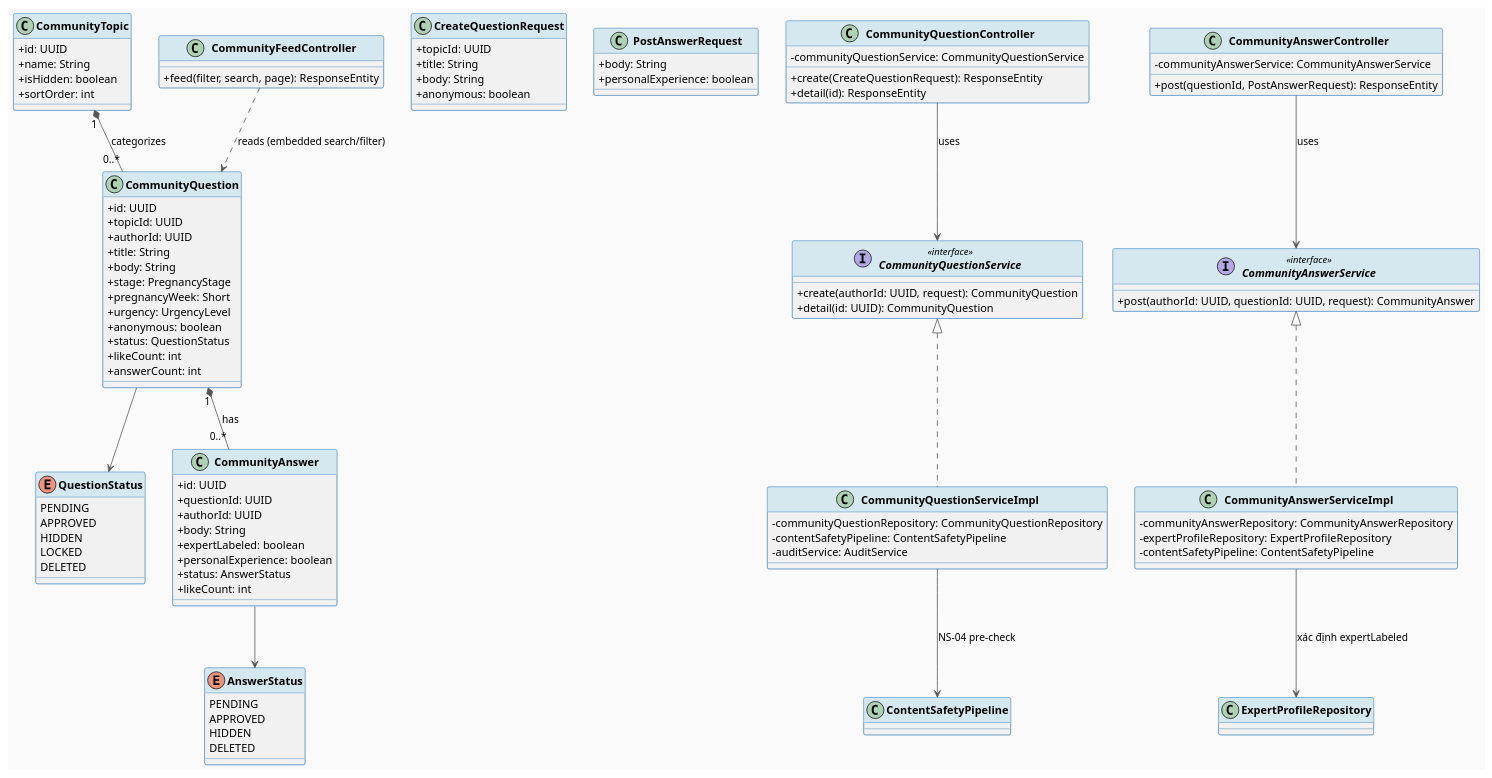
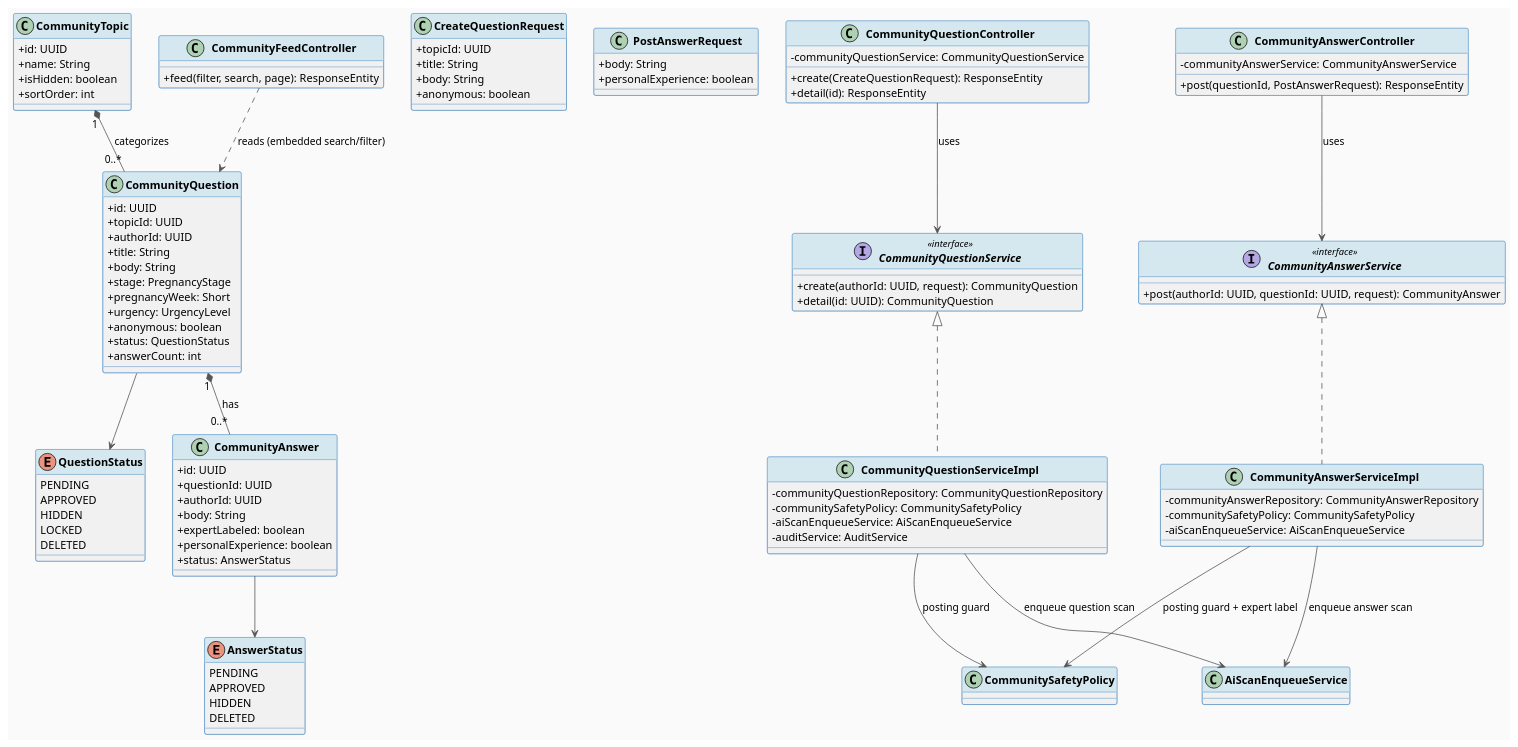
The first of 2 diagrams in docs/Detailed_Design/MF04_Community_QA_Moderation/01_Community_Question_Answer_Flow.md (ChuongBDHE172784/CareBridge_SEP490_G79), drawn with PlantUML before and after one commit. The commit also changed other lines of this file and 97 other files, not shown here.

Commit message:
docs: update detailed design documentation with new diagrams and restructured module files.

````diff
--- a/docs/Detailed_Design/MF04_Community_QA_Moderation/01_Community_Question_Answer_Flow.md
+++ b/docs/Detailed_Design/MF04_Community_QA_Moderation/01_Community_Question_Answer_Flow.md
@@ -51,7 +51,6 @@
   + urgency: UrgencyLevel
   + anonymous: boolean
   + status: QuestionStatus
-  + likeCount: int
   + answerCount: int
 }
 
@@ -71,7 +70,6 @@
   + expertLabeled: boolean
   + personalExperience: boolean
   + status: AnswerStatus
-  + likeCount: int
 }
 
 enum AnswerStatus {
@@ -115,7 +113,8 @@
 
 class CommunityQuestionServiceImpl implements CommunityQuestionService {
   - communityQuestionRepository: CommunityQuestionRepository
-  - contentSafetyPipeline: ContentSafetyPipeline
+  - communitySafetyPolicy: CommunitySafetyPolicy
+  - aiScanEnqueueService: AiScanEnqueueService
   - auditService: AuditService
 }
 
@@ -125,8 +124,8 @@
 
 class CommunityAnswerServiceImpl implements CommunityAnswerService {
   - communityAnswerRepository: CommunityAnswerRepository
-  - expertProfileRepository: ExpertProfileRepository
-  - contentSafetyPipeline: ContentSafetyPipeline
+  - communitySafetyPolicy: CommunitySafetyPolicy
+  - aiScanEnqueueService: AiScanEnqueueService
 }
 
 CommunityTopic "1" *-- "0..*" CommunityQuestion : categorizes
@@ -136,8 +135,10 @@
 CommunityFeedController ..> CommunityQuestion : reads (embedded search/filter)
 CommunityQuestionController --> CommunityQuestionService : uses
 CommunityAnswerController --> CommunityAnswerService : uses
-CommunityQuestionServiceImpl --> ContentSafetyPipeline : NS-04 pre-check
-CommunityAnswerServiceImpl --> ExpertProfileRepository : xác định expertLabeled
+CommunityQuestionServiceImpl --> CommunitySafetyPolicy : posting guard
+CommunityQuestionServiceImpl --> AiScanEnqueueService : enqueue question scan
+CommunityAnswerServiceImpl --> CommunitySafetyPolicy : posting guard + expert label
+CommunityAnswerServiceImpl --> AiScanEnqueueService : enqueue answer scan
 
 @enduml
 ```
````
